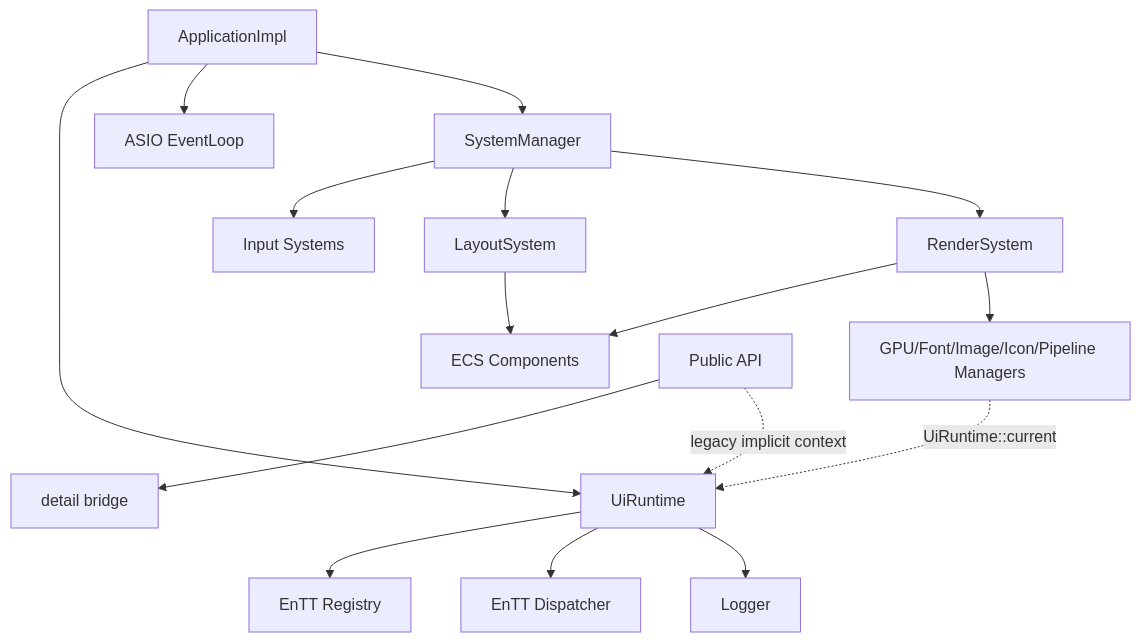
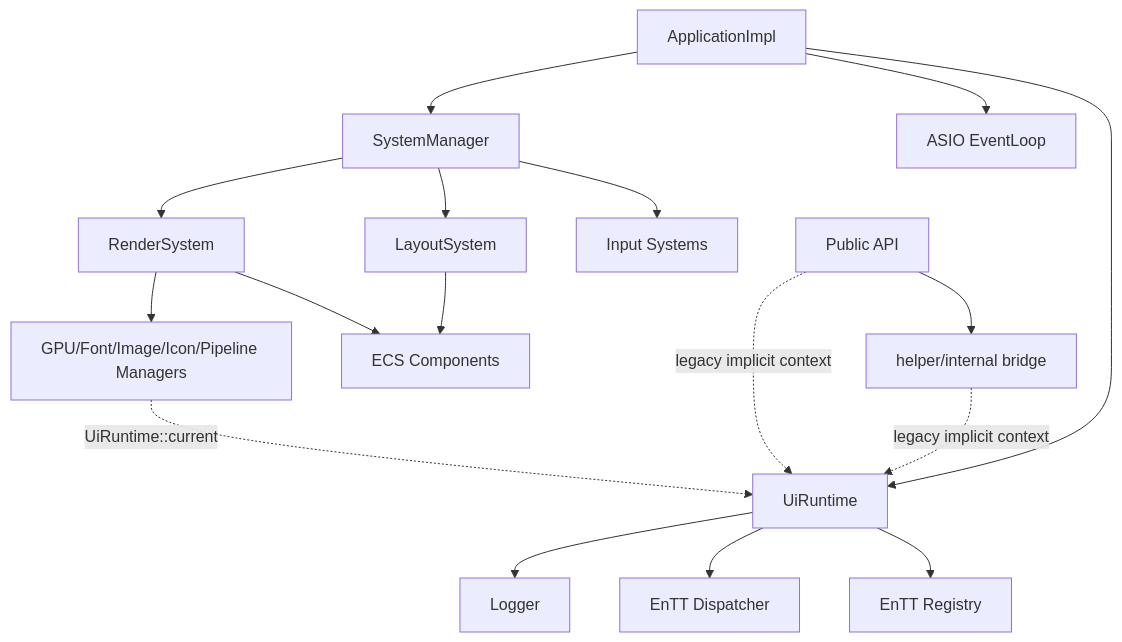
The first of 3 diagrams in docs/architecture/ARCHITECTURE_REVIEW_AND_ROADMAP_2026-07-11.md (Anakin2759/PMK), drawn with Mermaid before and after one commit. The commit also changed other lines of this file and 53 other files, not shown here.

````diff
--- a/docs/architecture/ARCHITECTURE_REVIEW_AND_ROADMAP_2026-07-11.md
+++ b/docs/architecture/ARCHITECTURE_REVIEW_AND_ROADMAP_2026-07-11.md
@@ -25,18 +59,19 @@
 ```mermaid
 flowchart TD
     App[ApplicationImpl] --> Runtime[UiRuntime]
     App --> Loop[ASIO EventLoop]
     Runtime --> Registry[EnTT Registry]
     Runtime --> Dispatcher[EnTT Dispatcher]
     Runtime --> Logger[Logger]
     App --> SM[SystemManager]
     SM --> Input[Input Systems]
     SM --> Layout[LayoutSystem]
     SM --> Render[RenderSystem]
     Layout --> Components[ECS Components]
     Render --> Components
     Render --> Managers[GPU/Font/Image/Icon/Pipeline Managers]
-    API[Public API] --> Detail[detail bridge]
+    API[Public API] --> Helper[helper/internal bridge]
     API -. legacy implicit context .-> Runtime
+    Helper -. legacy implicit context .-> Runtime
     Managers -. UiRuntime::current .-> Runtime
 ```
````
